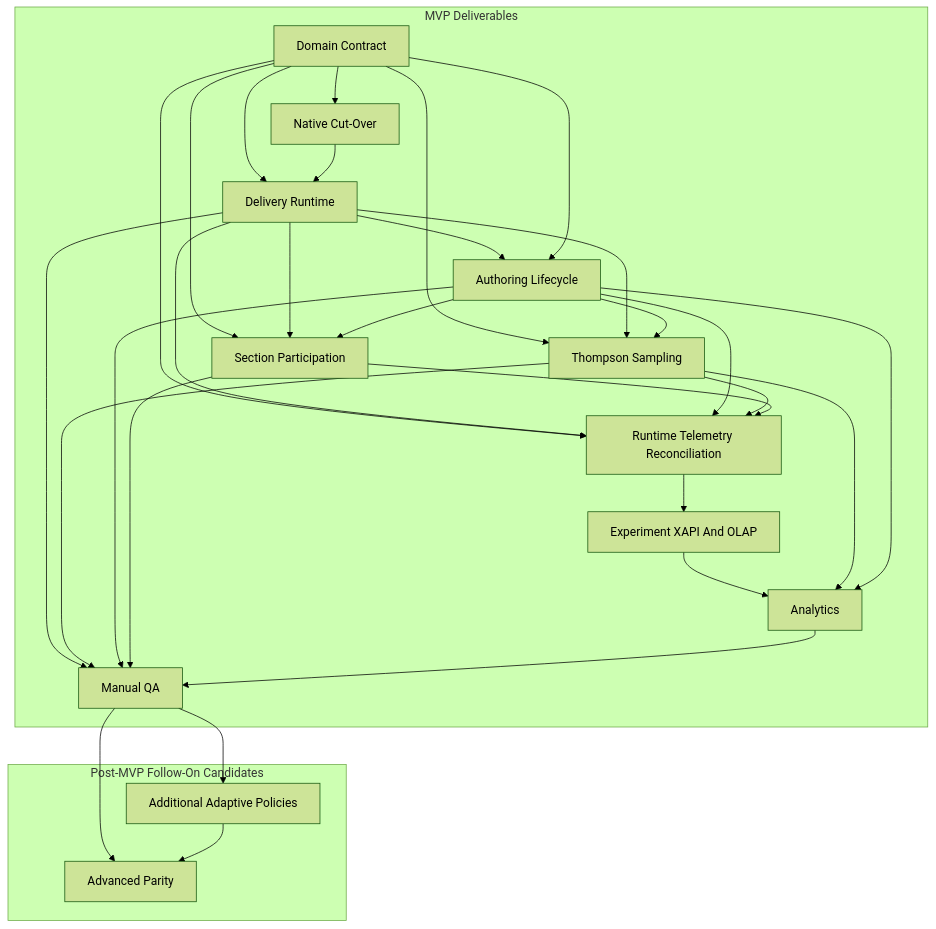
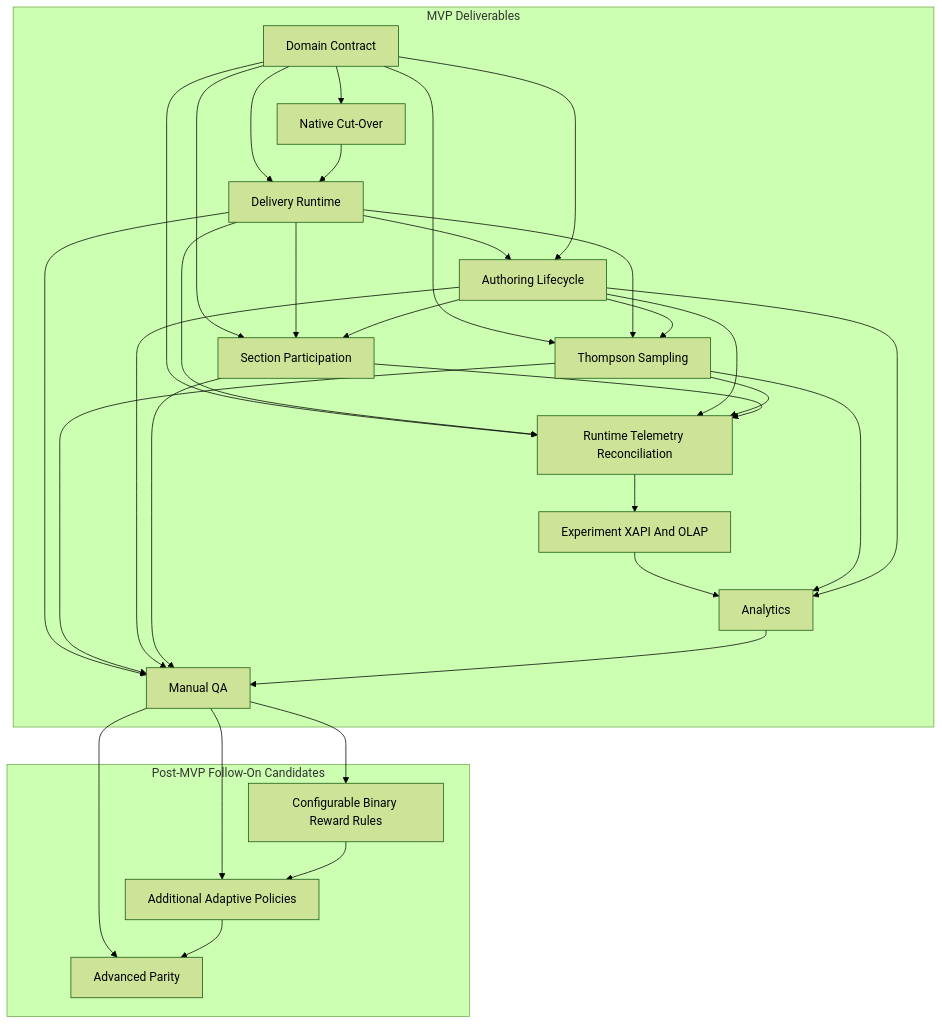
One commit to Simon-Initiative/oli-torus changed the diagram in docs/exec-plans/current/epics/ab_testing/plan.md. Above: the diagram before and after it, drawn with Mermaid (forest theme). The commit also changed other lines of this file and 3 other files, not shown here.

````diff
--- a/docs/exec-plans/current/epics/ab_testing/plan.md
+++ b/docs/exec-plans/current/epics/ab_testing/plan.md
@@ -541,49 +583,52 @@
 ```mermaid
 flowchart TD
   subgraph MVP["MVP Deliverables"]
   DOMAIN["Domain Contract"]
   CUTOVER["Native Cut-Over"]
   DELIVERY["Delivery Runtime"]
   TS["Thompson Sampling"]
   AUTHORING["Authoring Lifecycle"]
   PARTICIPATION["Section Participation"]
   RECONCILE["Runtime Telemetry Reconciliation"]
   OLAP["Experiment XAPI And OLAP"]
   ANALYTICS["Analytics"]
   QA["Manual QA"]
   end
 
   subgraph FOLLOWON["Post-MVP Follow-On Candidates"]
+  REWARD_RULES["Configurable Binary Reward Rules"]
   ADAPTIVE["Additional Adaptive Policies"]
   PARITY["Advanced Parity"]
   end
 
   DOMAIN --> CUTOVER
   DOMAIN --> DELIVERY
   CUTOVER --> DELIVERY
   DELIVERY --> AUTHORING
   DOMAIN --> AUTHORING
   DOMAIN --> TS
   DELIVERY --> TS
   AUTHORING --> TS
   DOMAIN --> PARTICIPATION
   DELIVERY --> PARTICIPATION
   AUTHORING --> PARTICIPATION
   DOMAIN --> RECONCILE
   DELIVERY --> RECONCILE
   AUTHORING --> RECONCILE
   TS --> RECONCILE
   PARTICIPATION --> RECONCILE
   RECONCILE --> OLAP
   OLAP --> ANALYTICS
   TS --> ANALYTICS
   AUTHORING --> ANALYTICS
   DELIVERY --> QA
   TS --> QA
   AUTHORING --> QA
   PARTICIPATION --> QA
   ANALYTICS --> QA
+  QA --> REWARD_RULES
   QA --> ADAPTIVE
   QA --> PARITY
+  REWARD_RULES --> ADAPTIVE
   ADAPTIVE --> PARITY
 ```
````
